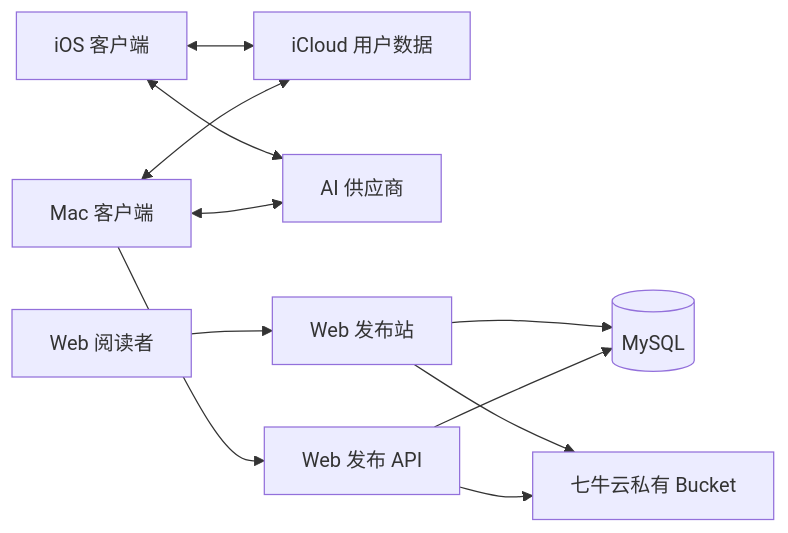
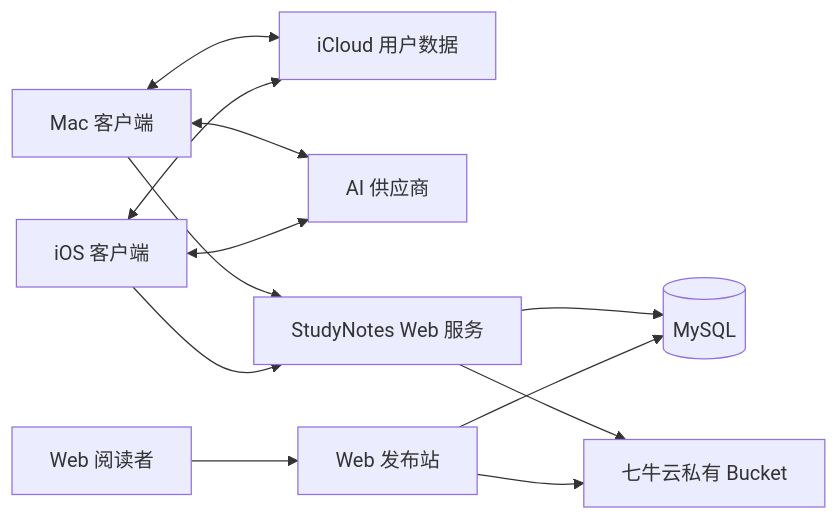
One commit to ddlwwc/StudyNotes changed the diagram in docs/PRODUCT_SPEC.md. Above: the diagram before and after it, drawn with Mermaid. The commit also changed other lines of this file and 99 other files, not shown here.

````diff
--- a/docs/PRODUCT_SPEC.md
+++ b/docs/PRODUCT_SPEC.md
@@ -541,13 +575,14 @@
 ```mermaid
 flowchart LR
     Mac[Mac 客户端] <--> ICloud[iCloud 用户数据]
     IOS[iOS 客户端] <--> ICloud
     Mac <--> AI[AI 供应商]
     IOS <--> AI
-    Mac --> API[Web 发布 API]
+    Mac --> API[StudyNotes Web 服务]
+    IOS --> API
     API --> DB[(MySQL)]
     API --> Media[七牛云私有 Bucket]
     Reader[Web 阅读者] --> Web[Web 发布站]
     Web --> DB
     Web --> Media
 ```
````
